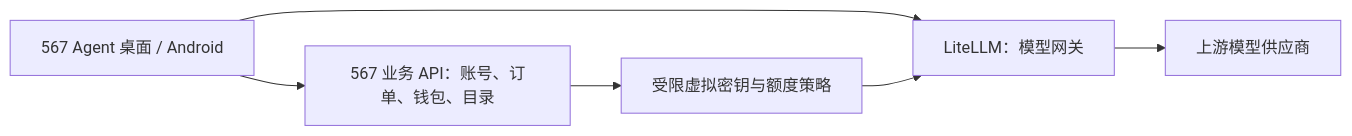
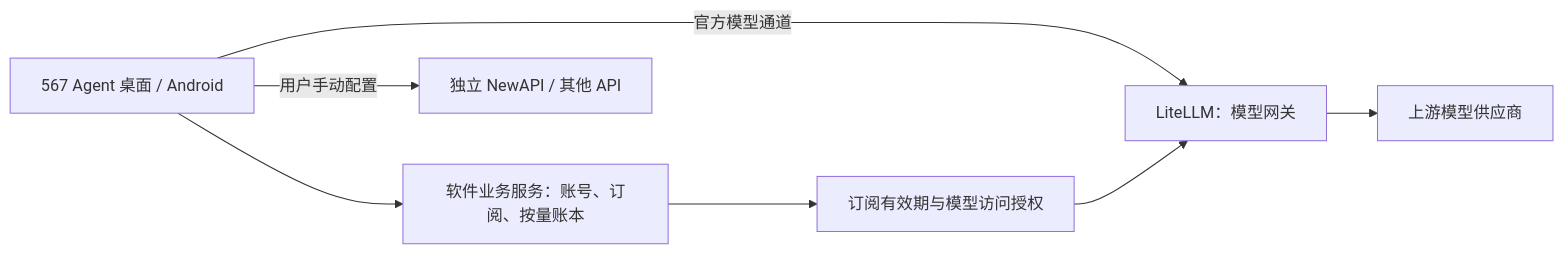
Before and after one commit to Chinachani/567-agent-2.0: the diagram in docs/desktop/litellm-2.0-assessment.md, drawn with Mermaid. The commit also changed other lines of this file and 105 other files, not shown here.

````diff
--- a/docs/desktop/litellm-2.0-assessment.md
+++ b/docs/desktop/litellm-2.0-assessment.md
@@ -11,8 +13,9 @@
 ```mermaid
 flowchart LR
-    C[567 Agent 桌面 / Android] --> B[567 业务 API：账号、订单、钱包、目录]
-    C --> G[LiteLLM：模型网关]
-    B --> K[受限虚拟密钥与额度策略]
+    C[567 Agent 桌面 / Android] --> B[软件业务服务：账号、订阅、按量账本]
+    C -->|官方模型通道| G[LiteLLM：模型网关]
+    B --> K[订阅有效期与模型访问授权]
     K --> G
     G --> P[上游模型供应商]
+    C -->|用户手动配置| N[独立 NewAPI / 其他 API]
 ```
````
